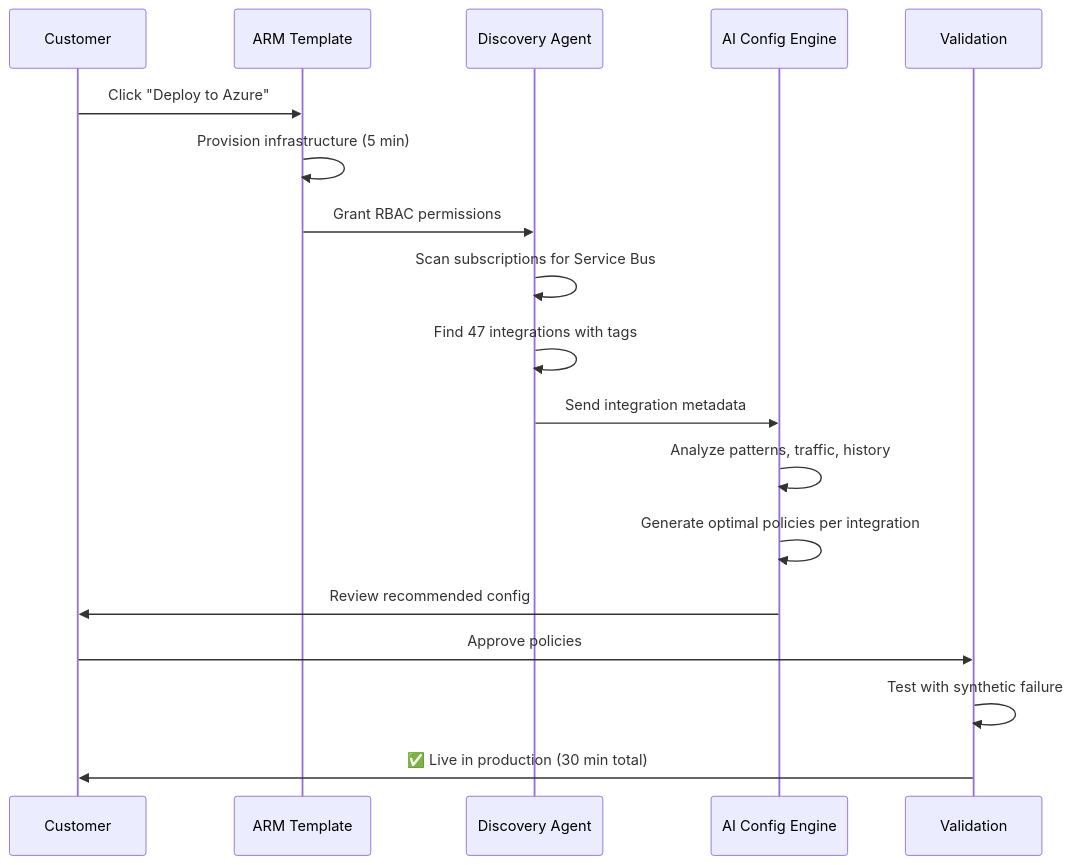
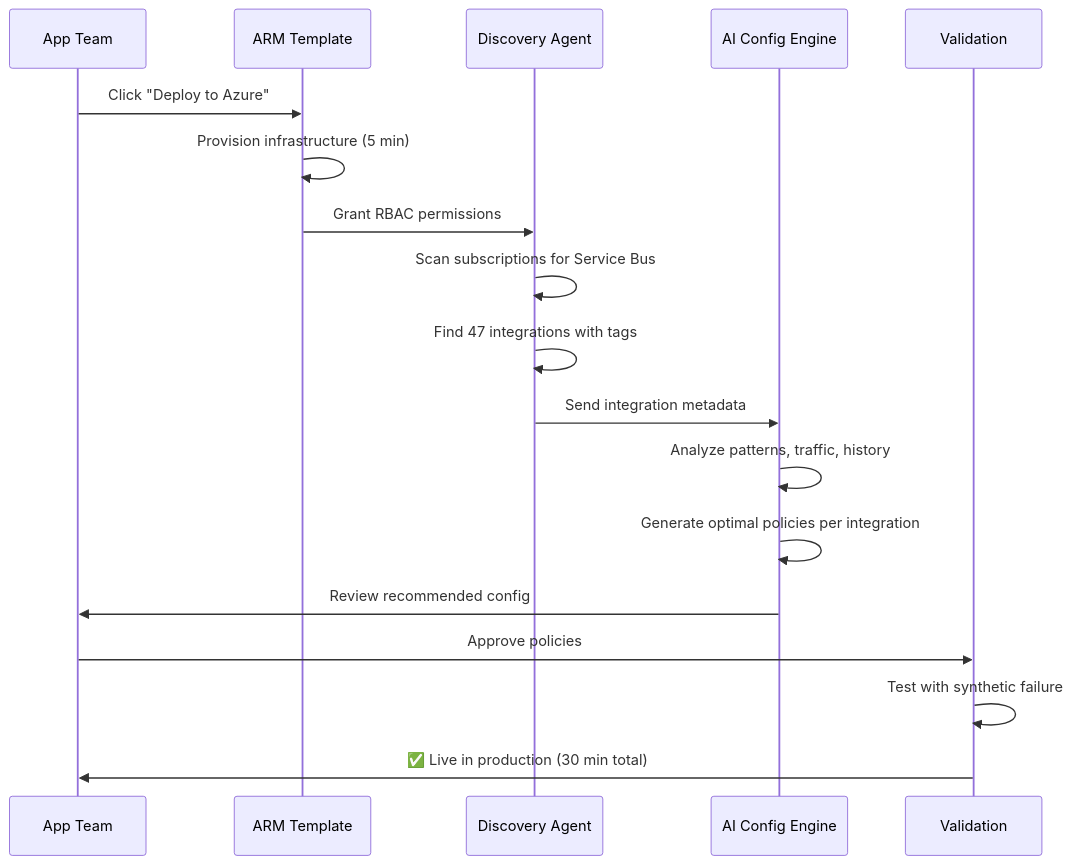
One commit to mayankgupta7673/Continuum-Ops changed the second of 9 diagrams in docs/01-Technical-Architecture.md. Above: the diagram before and after it, drawn with Mermaid. The commit also changed other lines of this file and 8 other files, not shown here.

````diff
--- a/docs/01-Technical-Architecture.md
+++ b/docs/01-Technical-Architecture.md
@@ -53,25 +45,25 @@
 ```mermaid
 sequenceDiagram
-    participant CUSTOMER as Customer
+    participant APP_TEAM as App Team
     participant DEPLOY as ARM Template
     participant DISCOVERY as Discovery Agent
     participant AI as AI Config Engine
     participant VALIDATE as Validation
     
-    CUSTOMER->>DEPLOY: Click "Deploy to Azure"
+    APP_TEAM->>DEPLOY: Click "Deploy to Azure"
     DEPLOY->>DEPLOY: Provision infrastructure (5 min)
     DEPLOY->>DISCOVERY: Grant RBAC permissions
     
     DISCOVERY->>DISCOVERY: Scan subscriptions for Service Bus
     DISCOVERY->>DISCOVERY: Find 47 integrations with tags
     
     DISCOVERY->>AI: Send integration metadata
     AI->>AI: Analyze patterns, traffic, history
     AI->>AI: Generate optimal policies per integration
     
-    AI->>CUSTOMER: Review recommended config
-    CUSTOMER->>VALIDATE: Approve policies
+    AI->>APP_TEAM: Review recommended config
+    APP_TEAM->>VALIDATE: Approve policies
     VALIDATE->>VALIDATE: Test with synthetic failure
     
-    VALIDATE->>CUSTOMER: ✅ Live in production (30 min total)
+    VALIDATE->>APP_TEAM: ✅ Live in production (30 min total)
 ```
````
